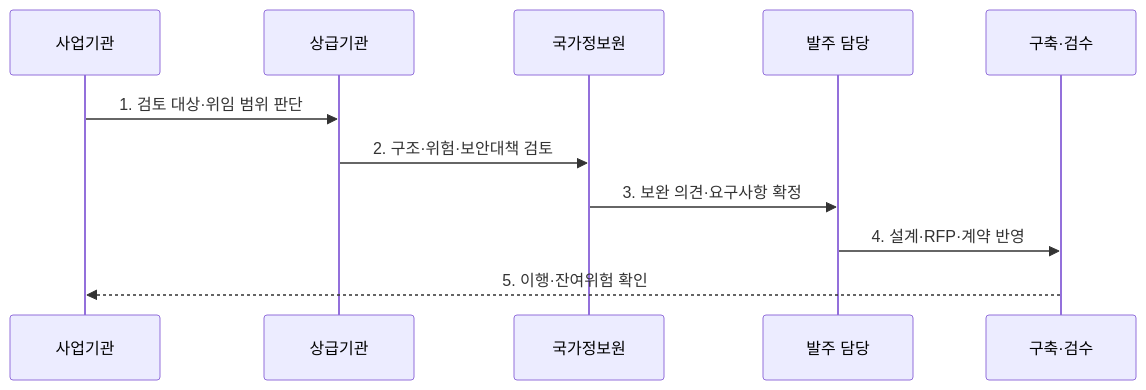
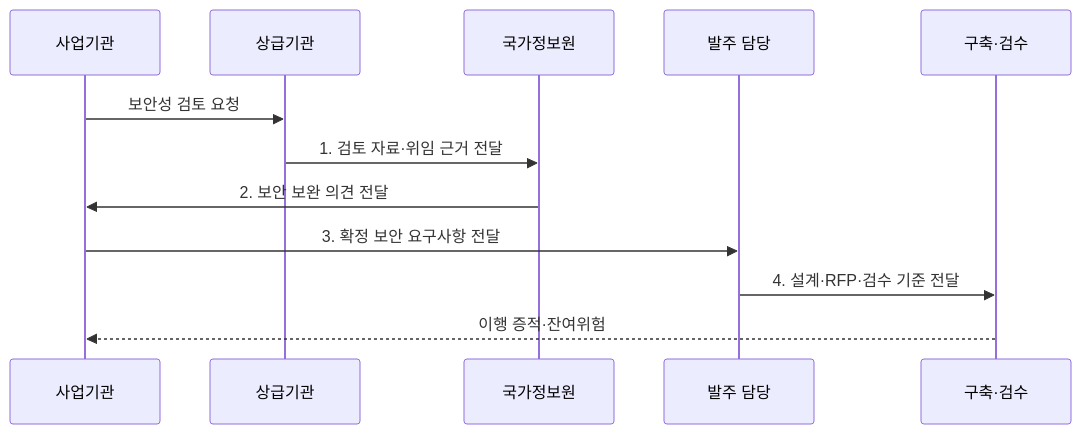
One commit to agnusdei1207/knowledge-base changed the second of 2 diagrams in src/content/docs/notes/05-security/117_nis_security_review.md. Above: the diagram before and after it, drawn with Mermaid. The commit also changed other lines of this file and 20 other files, not shown here.

````diff
--- a/src/content/docs/notes/05-security/117_nis_security_review.md
+++ b/src/content/docs/notes/05-security/117_nis_security_review.md
@@ -79,13 +78,14 @@
 ```mermaid
 sequenceDiagram
   participant A as 사업기관
   participant S as 상급기관
   participant N as 국가정보원
   participant R as 발주 담당
   participant I as 구축·검수
-  A->>S: 1. 검토 대상·위임 범위 판단
-  S->>N: 2. 구조·위험·보안대책 검토
-  N->>R: 3. 보완 의견·요구사항 확정
-  R->>I: 4. 설계·RFP·계약 반영
-  I-->>A: 5. 이행·잔여위험 확인
+  A->>S: 보안성 검토 요청
+  S->>N: 1. 검토 자료·위임 근거 전달
+  N->>A: 2. 보안 보완 의견 전달
+  A->>R: 3. 확정 보안 요구사항 전달
+  R->>I: 4. 설계·RFP·검수 기준 전달
+  I-->>A: 이행 증적·잔여위험
 ```
````
